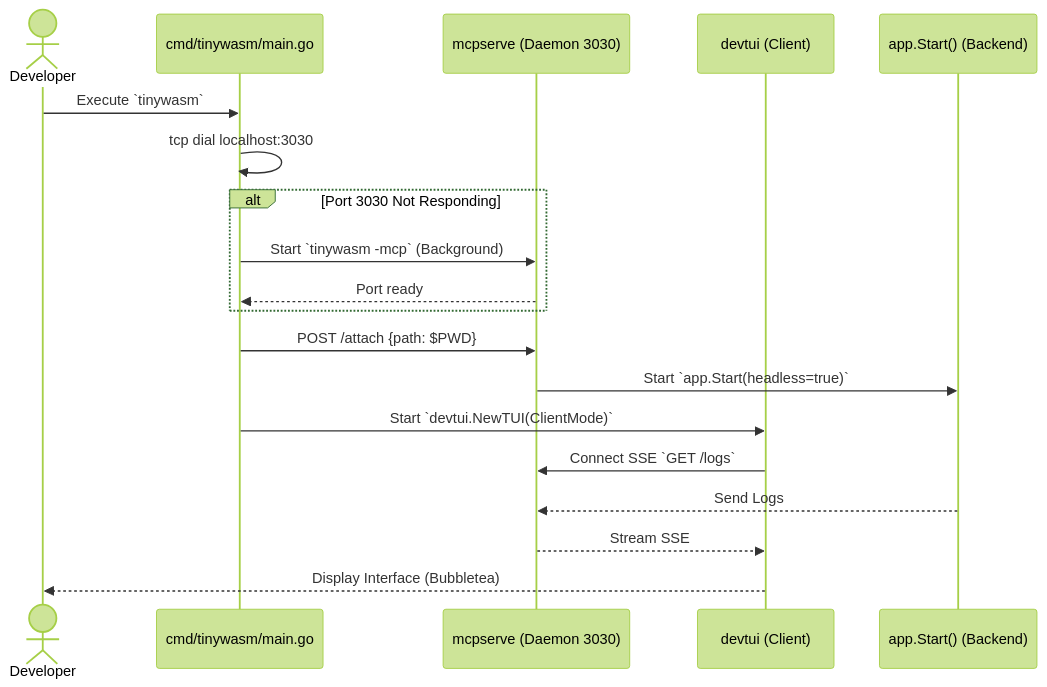
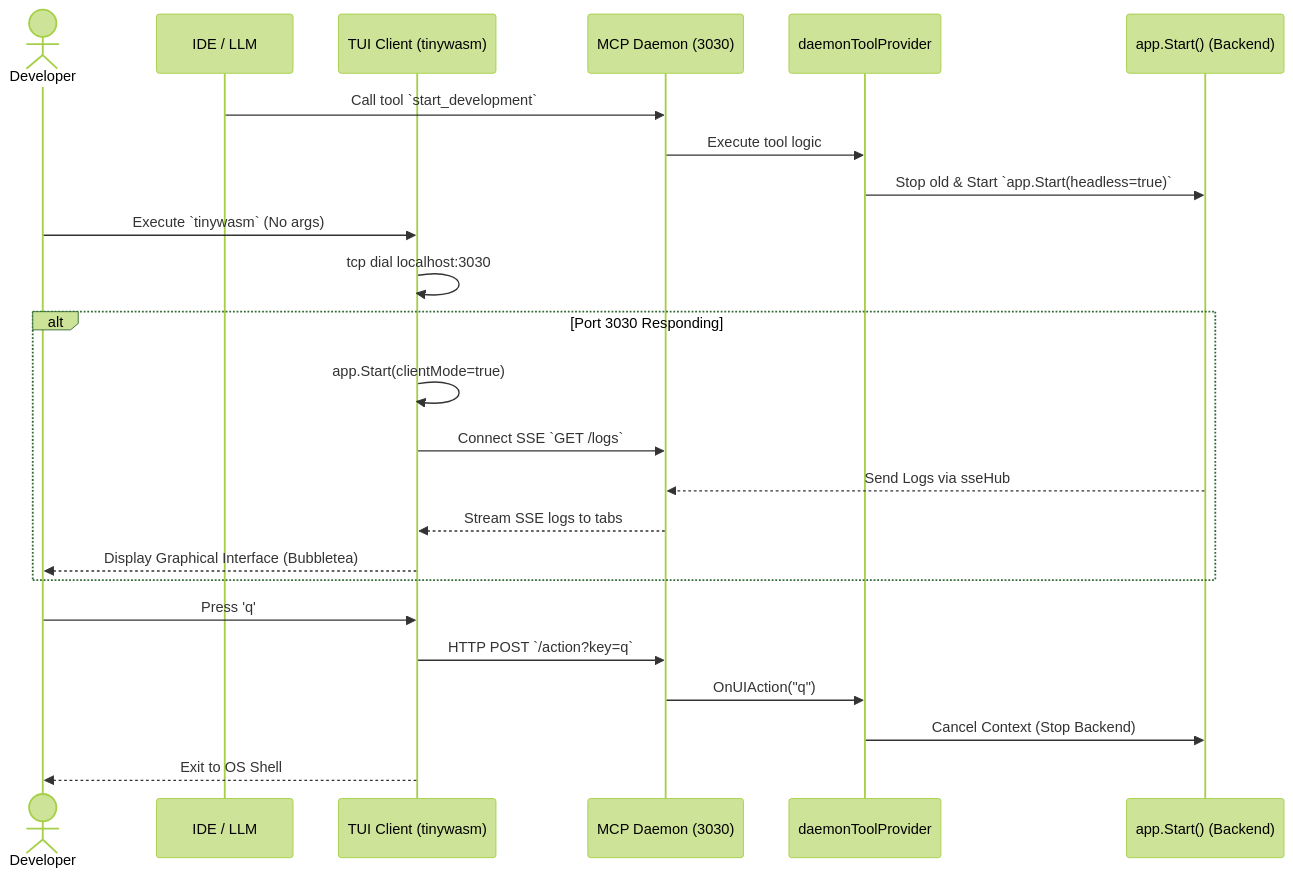
The diagram in docs/diagrams/MCP_REFACTOR_FLOW.md (zongruxie4/godev), drawn with Mermaid (forest theme) before and after one commit. The commit also changed 3 other files, not shown here.

Commit message:
docs: update architecture documentation and flow diagrams for MCP daemon

````diff
--- a/docs/diagrams/MCP_REFACTOR_FLOW.md
+++ b/docs/diagrams/MCP_REFACTOR_FLOW.md
@@ -1,22 +1,29 @@
 ```mermaid
 sequenceDiagram
     actor Dev as Developer
-    participant Cmd as cmd/tinywasm/main.go
-    participant MCP as mcpserve (Daemon 3030)
-    participant TUI as devtui (Client)
+    participant IDE as IDE / LLM
+    participant Cmd as TUI Client (tinywasm)
+    participant MCP as MCP Daemon (3030)
+    participant Provider as daemonToolProvider
     participant App as app.Start() (Backend)
 
-    Dev->>Cmd: Execute `tinywasm`
+    IDE->>MCP: Call tool `start_development`
+    MCP->>Provider: Execute tool logic
+    Provider->>App: Stop old & Start `app.Start(headless=true)`
+    
+    Dev->>Cmd: Execute `tinywasm` (No args)
     Cmd->>Cmd: tcp dial localhost:3030
-    alt Port 3030 Not Responding
-        Cmd->>MCP: Start `tinywasm -mcp` (Background)
-        MCP-->>Cmd: Port ready
+    alt Port 3030 Responding
+        Cmd->>Cmd: app.Start(clientMode=true)
+        Cmd->>MCP: Connect SSE `GET /logs`
+        App-->>MCP: Send Logs via sseHub
+        MCP-->>Cmd: Stream SSE logs to tabs
+        Cmd-->>Dev: Display Graphical Interface (Bubbletea)
     end
-    Cmd->>MCP: POST /attach {path: $PWD}
-    MCP->>App: Start `app.Start(headless=true)`
-    Cmd->>TUI: Start `devtui.NewTUI(ClientMode)`
-    TUI->>MCP: Connect SSE `GET /logs`
-    App-->>MCP: Send Logs
-    MCP-->>TUI: Stream SSE
-    TUI-->>Dev: Display Interface (Bubbletea)
+    
+    Dev->>Cmd: Press 'q'
+    Cmd->>MCP: HTTP POST `/action?key=q`
+    MCP->>Provider: OnUIAction("q")
+    Provider->>App: Cancel Context (Stop Backend)
+    Cmd-->>Dev: Exit to OS Shell
 ```
````
